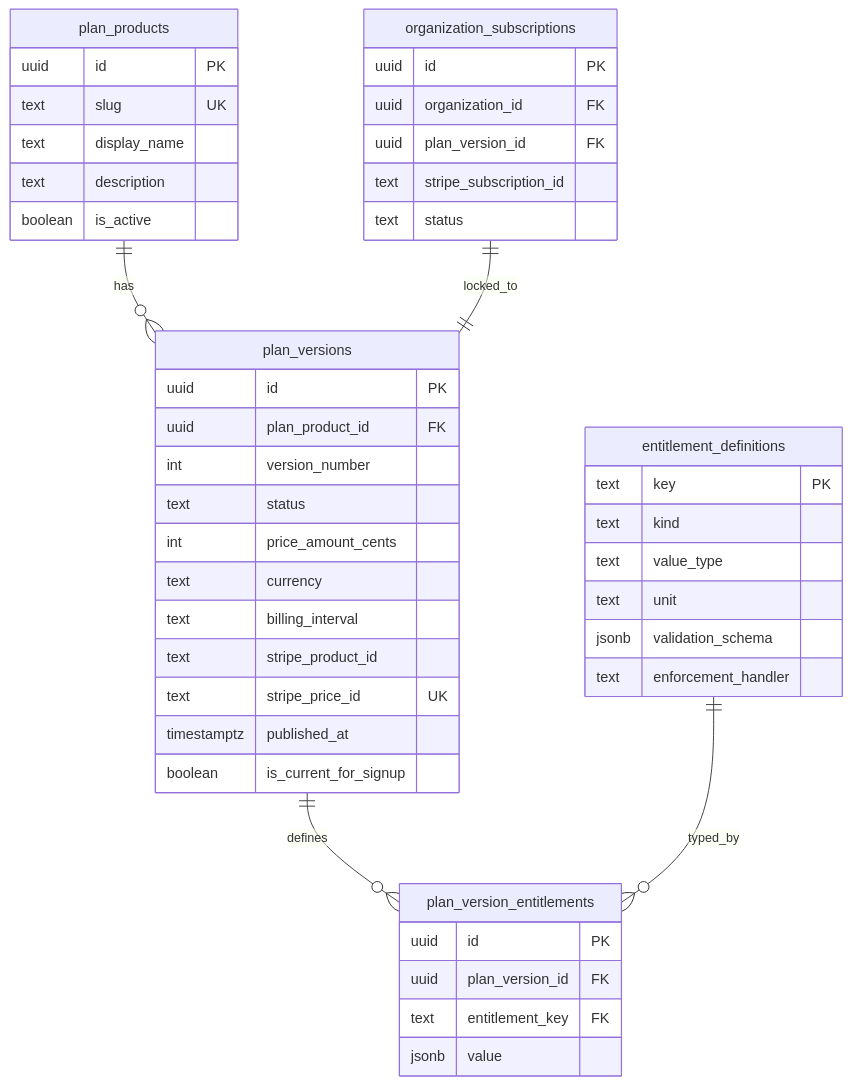
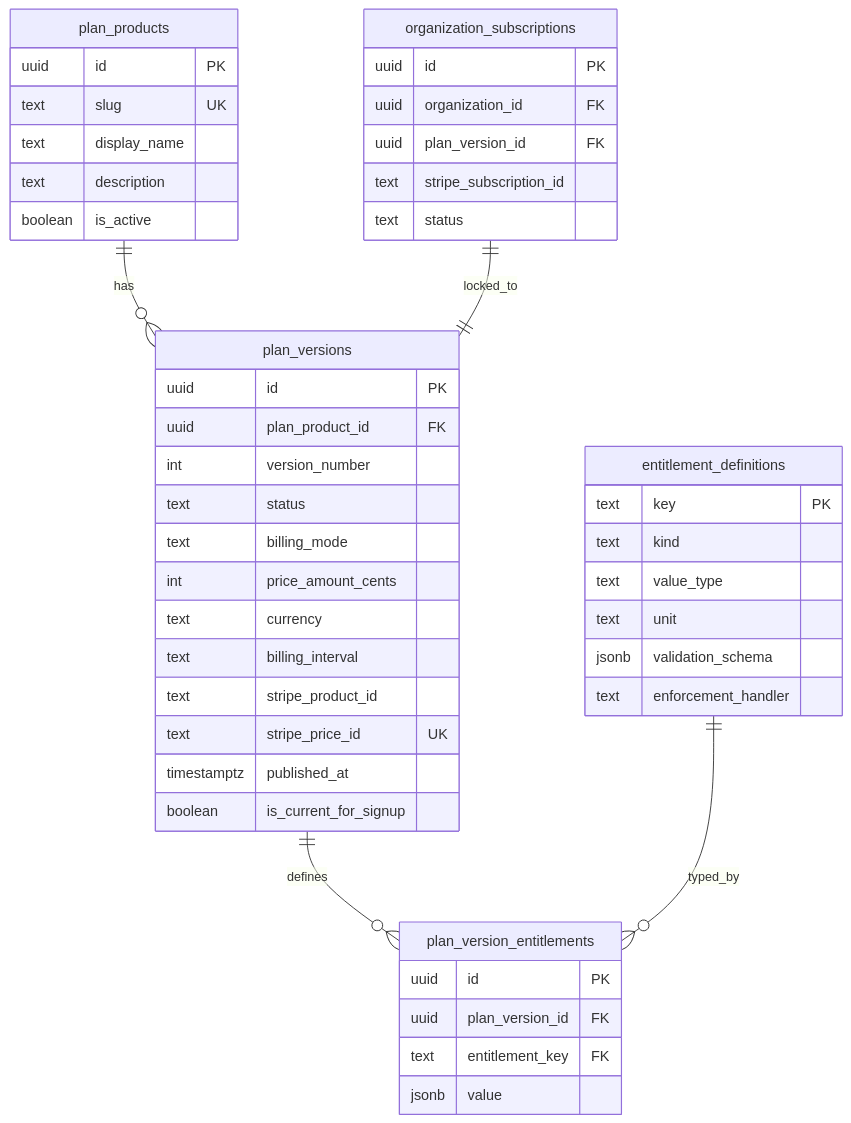
One commit to gauravdhiman/a1-voice-agent-platform changed the second of 6 diagrams in docs/03_implementation/plan_entitlements_and_limits.md. Above: the diagram before and after it, drawn with Mermaid. The commit also changed other lines of this file and 8 other files, not shown here.

````diff
--- a/docs/03_implementation/plan_entitlements_and_limits.md
+++ b/docs/03_implementation/plan_entitlements_and_limits.md
@@ -100,48 +100,49 @@
 ```mermaid
 erDiagram
     plan_products ||--o{ plan_versions : has
     plan_versions ||--o{ plan_version_entitlements : defines
     entitlement_definitions ||--o{ plan_version_entitlements : typed_by
     plan_products {
         uuid id PK
         text slug UK
         text display_name
         text description
         boolean is_active
     }
     plan_versions {
         uuid id PK
         uuid plan_product_id FK
         int version_number
         text status
+        text billing_mode
         int price_amount_cents
         text currency
         text billing_interval
         text stripe_product_id
         text stripe_price_id UK
         timestamptz published_at
         boolean is_current_for_signup
     }
     entitlement_definitions {
         text key PK
         text kind
         text value_type
         text unit
         jsonb validation_schema
         text enforcement_handler
     }
     plan_version_entitlements {
         uuid id PK
         uuid plan_version_id FK
         text entitlement_key FK
         jsonb value
     }
     organization_subscriptions {
         uuid id PK
         uuid organization_id FK
         uuid plan_version_id FK
         text stripe_subscription_id
         text status
     }
     organization_subscriptions ||--|| plan_versions : locked_to
 ```
````
